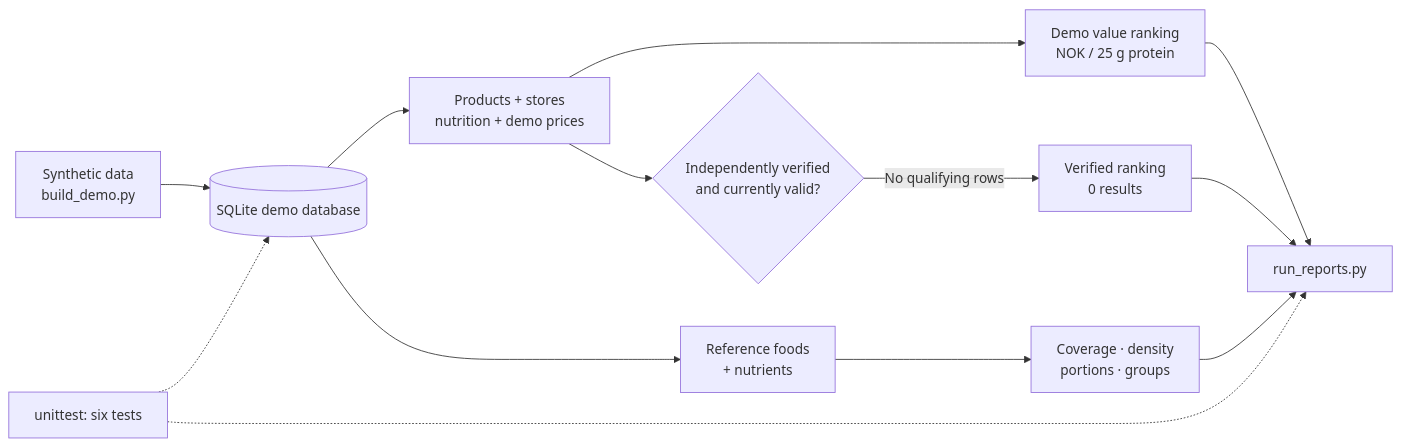
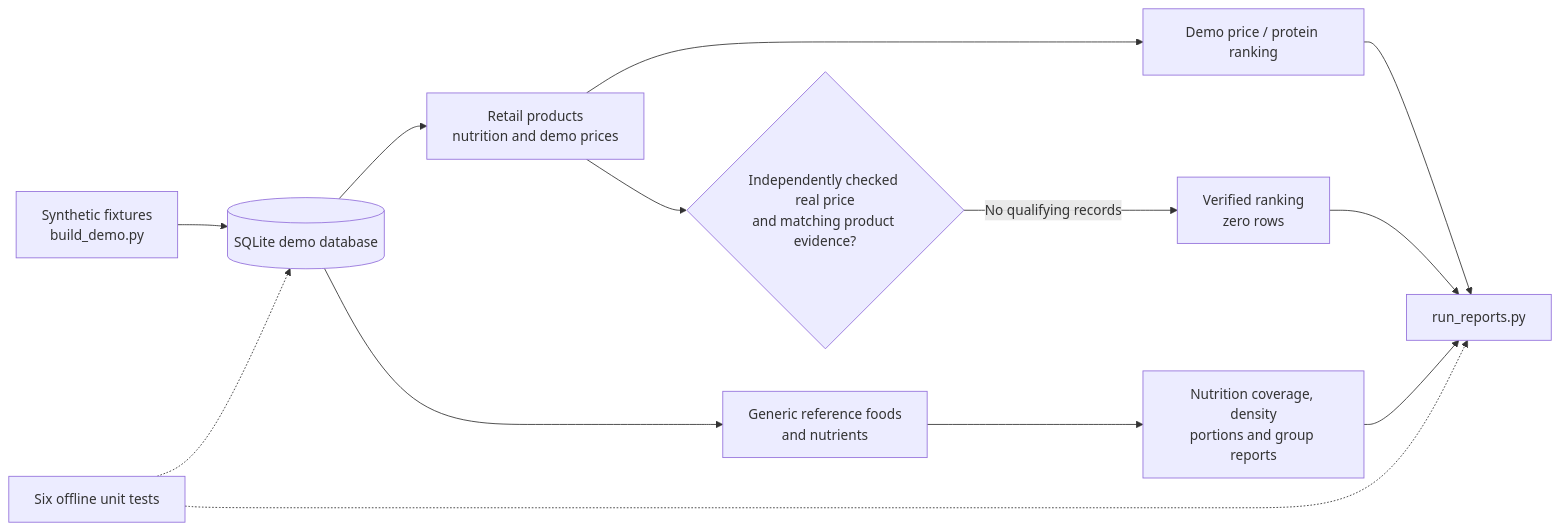
The first of 2 diagrams in README.md (wintersyntax/nutrivalue-portfolio), drawn with Mermaid before and after one commit. The commit also changed other lines of this file and 2 other files, not shown here.

Commit message:
docs: align public NutriValue portfolio with private evidence roadmap

```diff
--- a/README.md
+++ b/README.md
@@ -72,19 +72,17 @@
 ~~~mermaid
 flowchart LR
-    Seed["Synthetic data<br/>build_demo.py"] --> DB[("SQLite demo database")]
-    DB --> Retail["Products + stores<br/>nutrition + demo prices"]
-    DB --> Reference["Reference foods<br/>+ nutrients"]
+    Seed["Synthetic fixtures<br/>build_demo.py"] --> DB[("SQLite demo database")]
+    DB --> Retail["Retail products<br/>nutrition and demo prices"]
+    DB --> Reference["Generic reference foods<br/>and nutrients"]
 
-    Retail --> Demo["Demo value ranking<br/>NOK / 25 g protein"]
-    Retail --> Gate{"Independently verified<br/>and currently valid?"}
-    Gate -->|"No qualifying rows"| Empty["Verified ranking<br/>0 results"]
+    Retail --> Demo["Demo price / protein ranking"]
+    Retail --> Gate{"Independently checked real price<br/>and matching product evidence?"}
+    Gate -->|"No qualifying records"| Empty["Verified ranking<br/>zero rows"]
+    Reference --> Nutrition["Nutrition coverage, density<br/>portions and group reports"]
 
-    Reference --> Nutrition["Coverage · density<br/>portions · groups"]
-
-    Demo --> Reports["run_reports.py"]
-    Empty --> Reports
-    Nutrition --> Reports
-
-    Tests["unittest: six tests"] -.-> DB
-    Tests -.-> Reports
+    Demo --> CLI["run_reports.py"]
+    Empty --> CLI
+    Nutrition --> CLI
+    Tests["Six offline unit tests"] -.-> DB
+    Tests -.-> CLI
 ~~~
```
